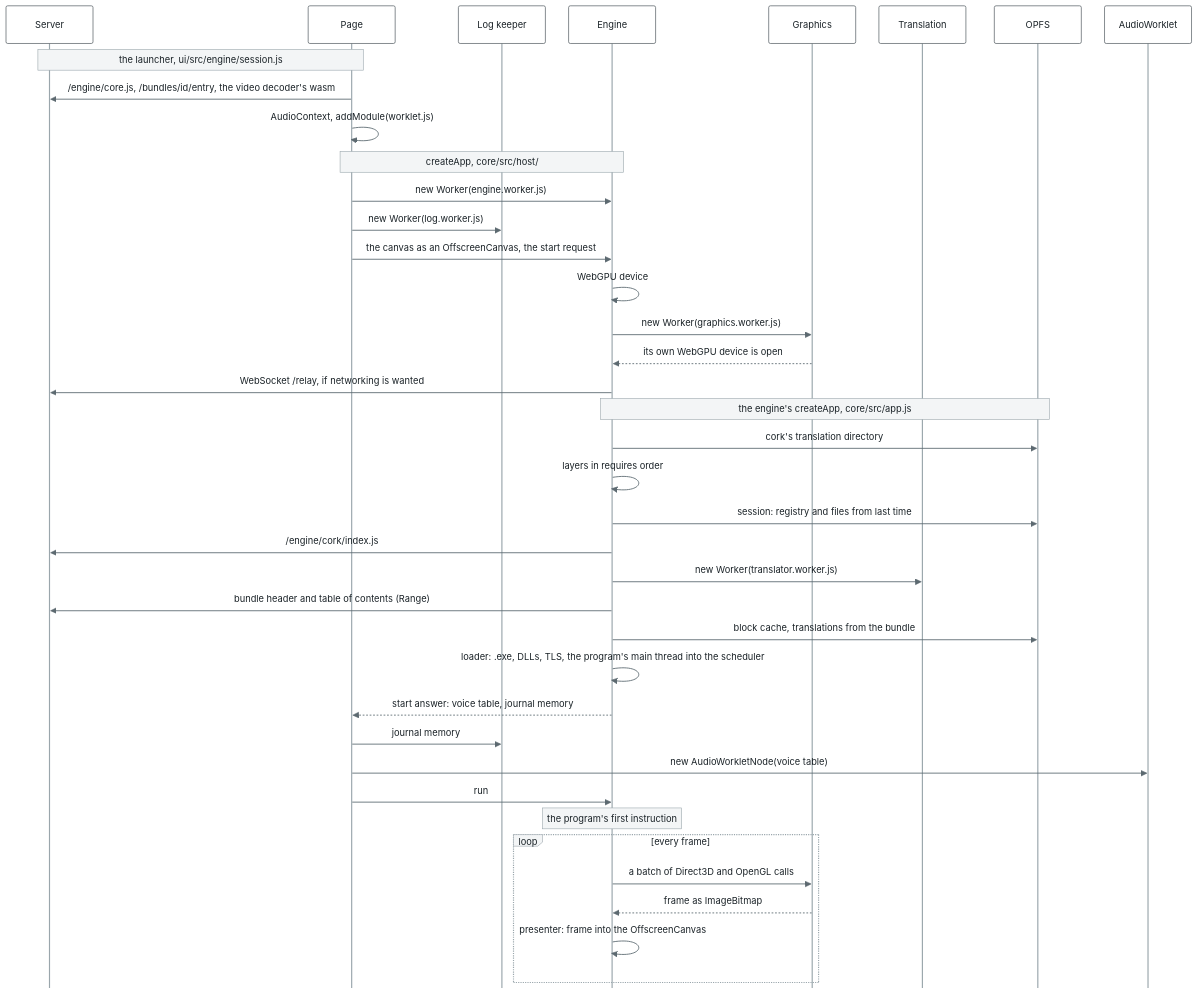
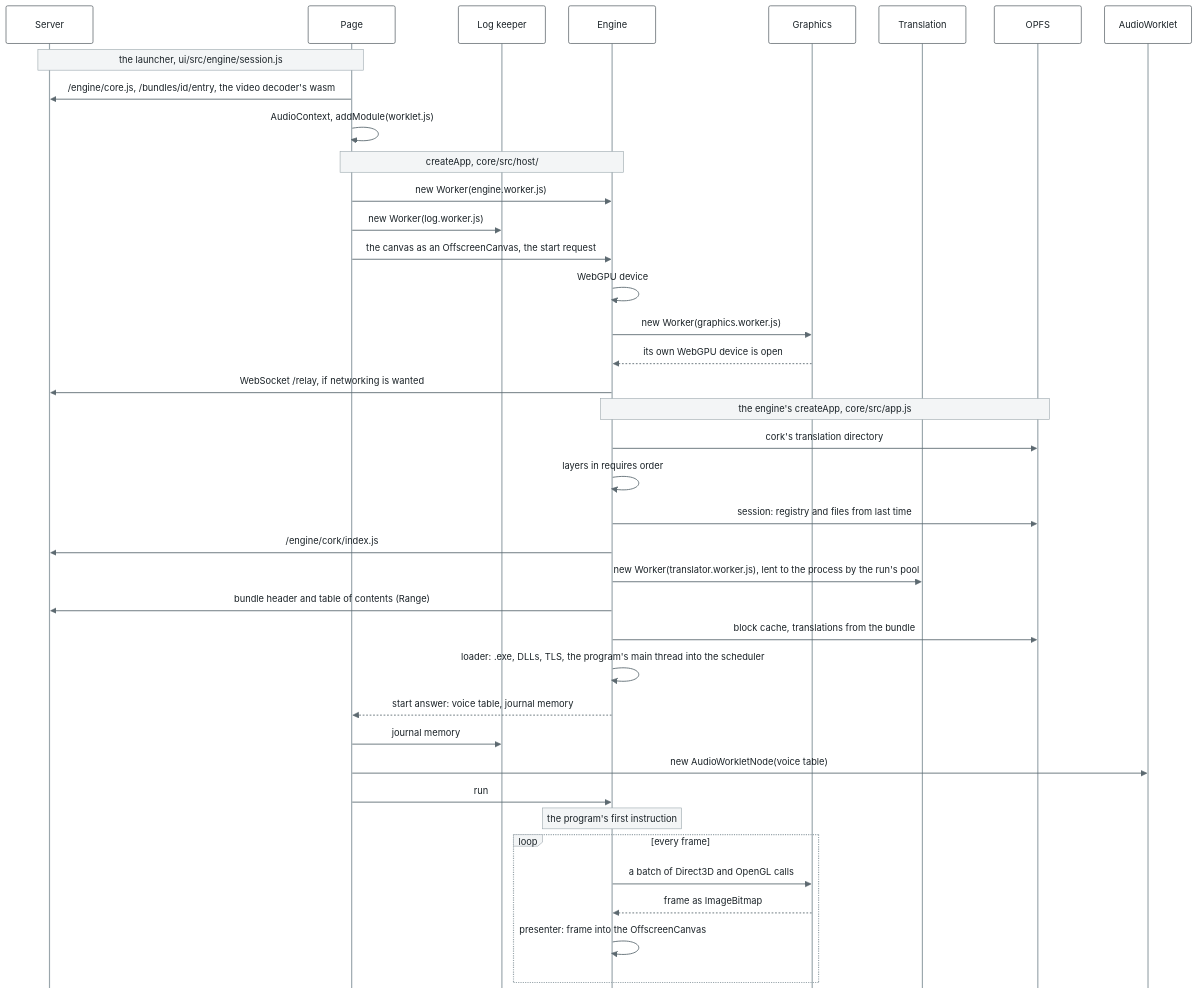
The third of 12 diagrams in docs/architecture.md (bottlify/bottlify), drawn with Mermaid before and after one commit. The commit also changed other lines of this file and 13 other files, not shown here.

````diff
--- a/docs/architecture.md
+++ b/docs/architecture.md
@@ -228,42 +229,42 @@
 ```mermaid
 %%{init: {"theme": "base", "sequence": {"mirrorActors": false, "messageMargin": 24, "noteMargin": 8, "actorMargin": 40}, "themeVariables": {"fontFamily": "Inter, Segoe UI, Helvetica, Arial, sans-serif", "fontSize": "13px", "actorBkg": "#FFFFFF", "actorBorder": "#2F3A40", "actorTextColor": "#1B2328", "actorLineColor": "#9AA6AC", "signalColor": "#5C6970", "signalTextColor": "#1B2328", "noteBkgColor": "#F3F5F6", "noteBorderColor": "#9AA6AC", "noteTextColor": "#1B2328", "labelBoxBkgColor": "#F3F5F6", "labelBoxBorderColor": "#9AA6AC", "labelTextColor": "#1B2328", "loopTextColor": "#1B2328"}}}%%
 sequenceDiagram
   participant S as Server
   participant P as Page
   participant K as Log keeper
   participant E as Engine
   participant G as Graphics
   participant T as Translation
   participant O as OPFS
   participant A as AudioWorklet
   Note over S,P: the launcher, ui/src/engine/session.js
   P->>S: /engine/core.js, /bundles/id/entry, the video decoder's wasm
   P->>P: AudioContext, addModule(worklet.js)
   Note over P,E: createApp, core/src/host/
   P->>E: new Worker(engine.worker.js)
   P->>K: new Worker(log.worker.js)
   P->>E: the canvas as an OffscreenCanvas, the start request
   E->>E: WebGPU device
   E->>G: new Worker(graphics.worker.js)
   G-->>E: its own WebGPU device is open
   E->>S: WebSocket /relay, if networking is wanted
   Note over E,O: the engine's createApp, core/src/app.js
   E->>O: cork's translation directory
   E->>E: layers in requires order
   E->>O: session: registry and files from last time
   E->>S: /engine/cork/index.js
-  E->>T: new Worker(translator.worker.js)
+  E->>T: new Worker(translator.worker.js), lent to the process by the run's pool
   E->>S: bundle header and table of contents (Range)
   E->>O: block cache, translations from the bundle
   E->>E: loader: .exe, DLLs, TLS, the program's main thread into the scheduler
   E-->>P: start answer: voice table, journal memory
   P->>K: journal memory
   P->>A: new AudioWorkletNode(voice table)
   P->>E: run
   Note over E: the program's first instruction
   loop every frame
     E->>G: a batch of Direct3D and OpenGL calls
     G-->>E: frame as ImageBitmap
     E->>E: presenter: frame into the OffscreenCanvas
   end
 ```
````
